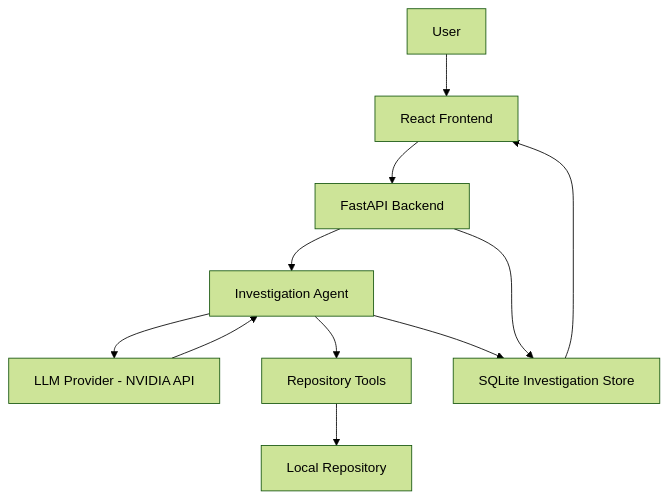
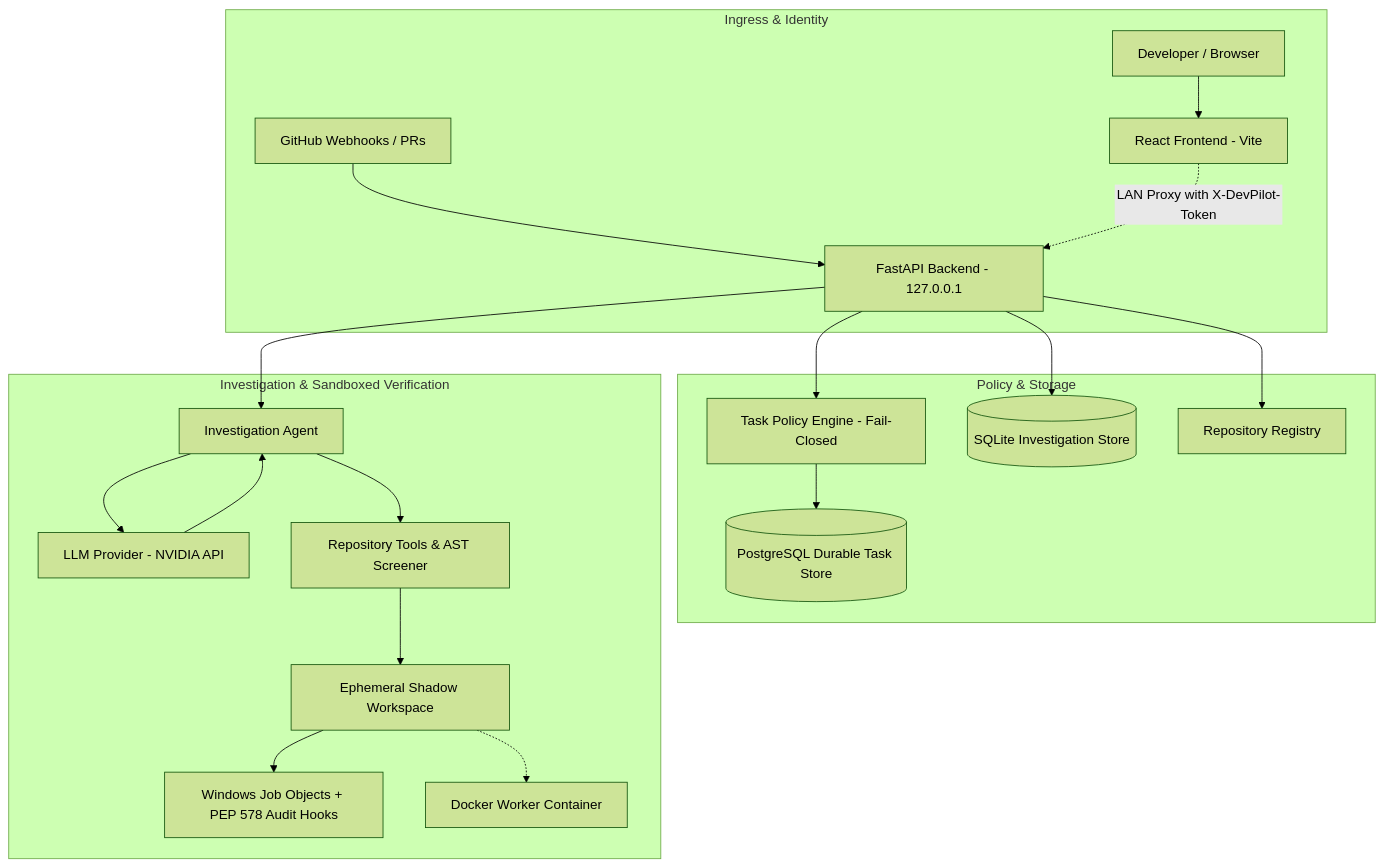
One commit to Levi710/DevPilot changed the diagram in README.md. Above: the diagram before and after it, drawn with Mermaid (forest theme). The commit also changed other lines of this file and 3 other files, not shown here.

Commit message:
docs: update README with production architecture and add real-world benchmark artifacts

````diff
--- a/README.md
+++ b/README.md
@@ -22,13 +28,25 @@
 ```mermaid
 flowchart TD
-    A[User] --> B[React Frontend]
-    B --> C[FastAPI Backend]
-    C --> D[Investigation Agent]
-    D --> E[LLM Provider - NVIDIA API]
-    E --> D
-    D --> F[Repository Tools]
-    F --> G[Local Repository]
-    D --> H[SQLite Investigation Store]
-    C --> H
-    H --> B
+    subgraph Ingress ["Ingress & Identity"]
+        U[Developer / Browser] --> UI[React Frontend - Vite]
+        GH[GitHub Webhooks / PRs] --> API[FastAPI Backend - 127.0.0.1]
+        UI -.->|LAN Proxy with X-DevPilot-Token| API
+    end
+
+    subgraph SecurityPolicy ["Policy & Storage"]
+        API --> POL[Task Policy Engine - Fail-Closed]
+        POL --> PTS[(PostgreSQL Durable Task Store)]
+        API --> IS[(SQLite Investigation Store)]
+        API --> REG[Repository Registry]
+    end
+
+    subgraph CoreEngine ["Investigation & Sandboxed Verification"]
+        API --> AG[Investigation Agent]
+        AG --> LLM[LLM Provider - NVIDIA API]
+        LLM --> AG
+        AG --> TLS[Repository Tools & AST Screener]
+        TLS --> SHD[Ephemeral Shadow Workspace]
+        SHD --> SBX[Windows Job Objects + PEP 578 Audit Hooks]
+        SHD -.-> WRK[Docker Worker Container]
+    end
 ```
````
